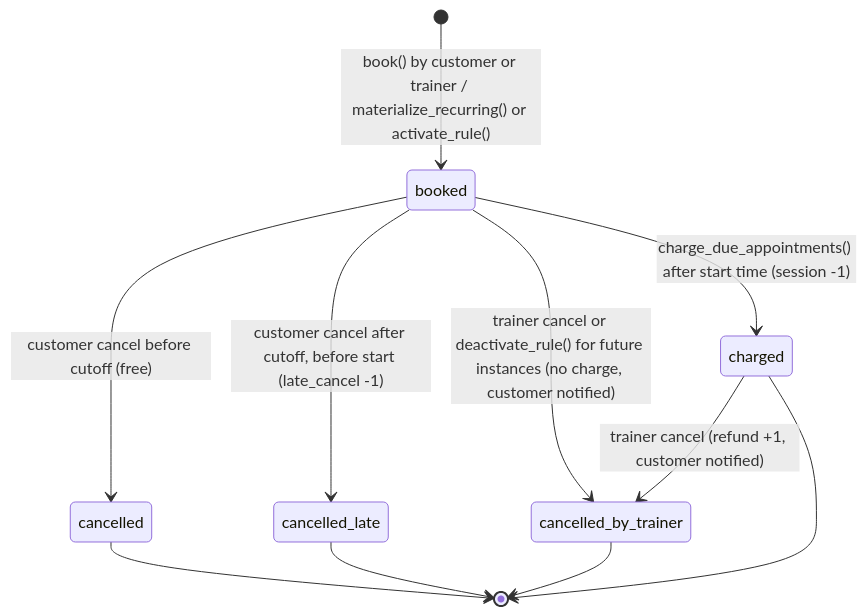
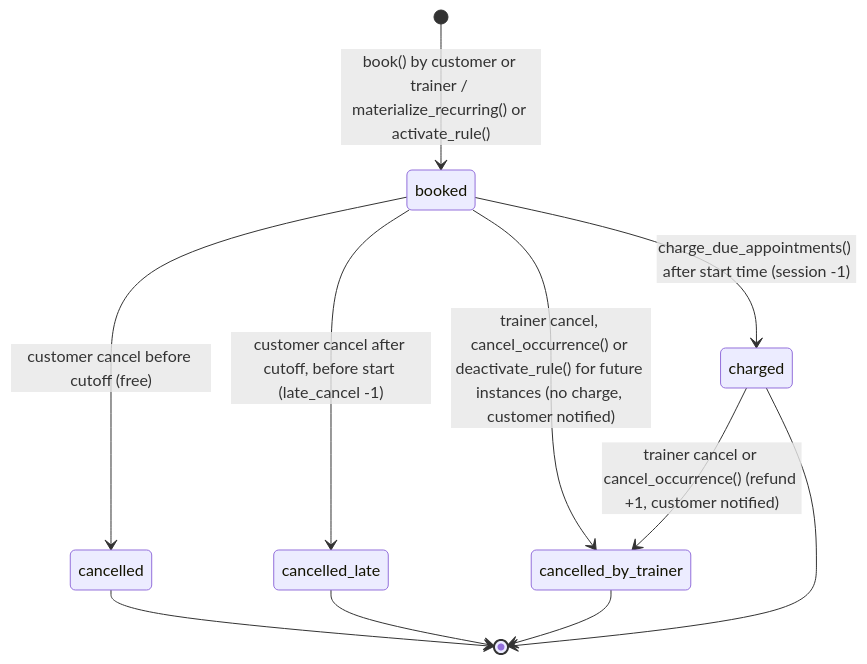
Before and after one commit to JasaGlazar/amrap: the diagram in docs/architecture/appointment-states.md, drawn with Mermaid. The commit also changed other lines of this file and 12 other files, not shown here.

First line of the commit message:
feat(db): cancel_occurrence cancels a whole session and closes it (#19)

````diff
--- a/docs/architecture/appointment-states.md
+++ b/docs/architecture/appointment-states.md
@@ -17,13 +19,13 @@
 ```mermaid
 stateDiagram-v2
     [*] --> booked : book() by customer or trainer / materialize_recurring() or activate_rule()
     booked --> charged : charge_due_appointments() after start time (session -1)
     booked --> cancelled : customer cancel before cutoff (free)
     booked --> cancelled_late : customer cancel after cutoff, before start (late_cancel -1)
-    booked --> cancelled_by_trainer : trainer cancel or deactivate_rule() for future instances (no charge, customer notified)
-    charged --> cancelled_by_trainer : trainer cancel (refund +1, customer notified)
+    booked --> cancelled_by_trainer : trainer cancel, cancel_occurrence() or deactivate_rule() for future instances (no charge, customer notified)
+    charged --> cancelled_by_trainer : trainer cancel or cancel_occurrence() (refund +1, customer notified)
     cancelled --> [*]
     cancelled_late --> [*]
     cancelled_by_trainer --> [*]
     charged --> [*]
 ```
````
